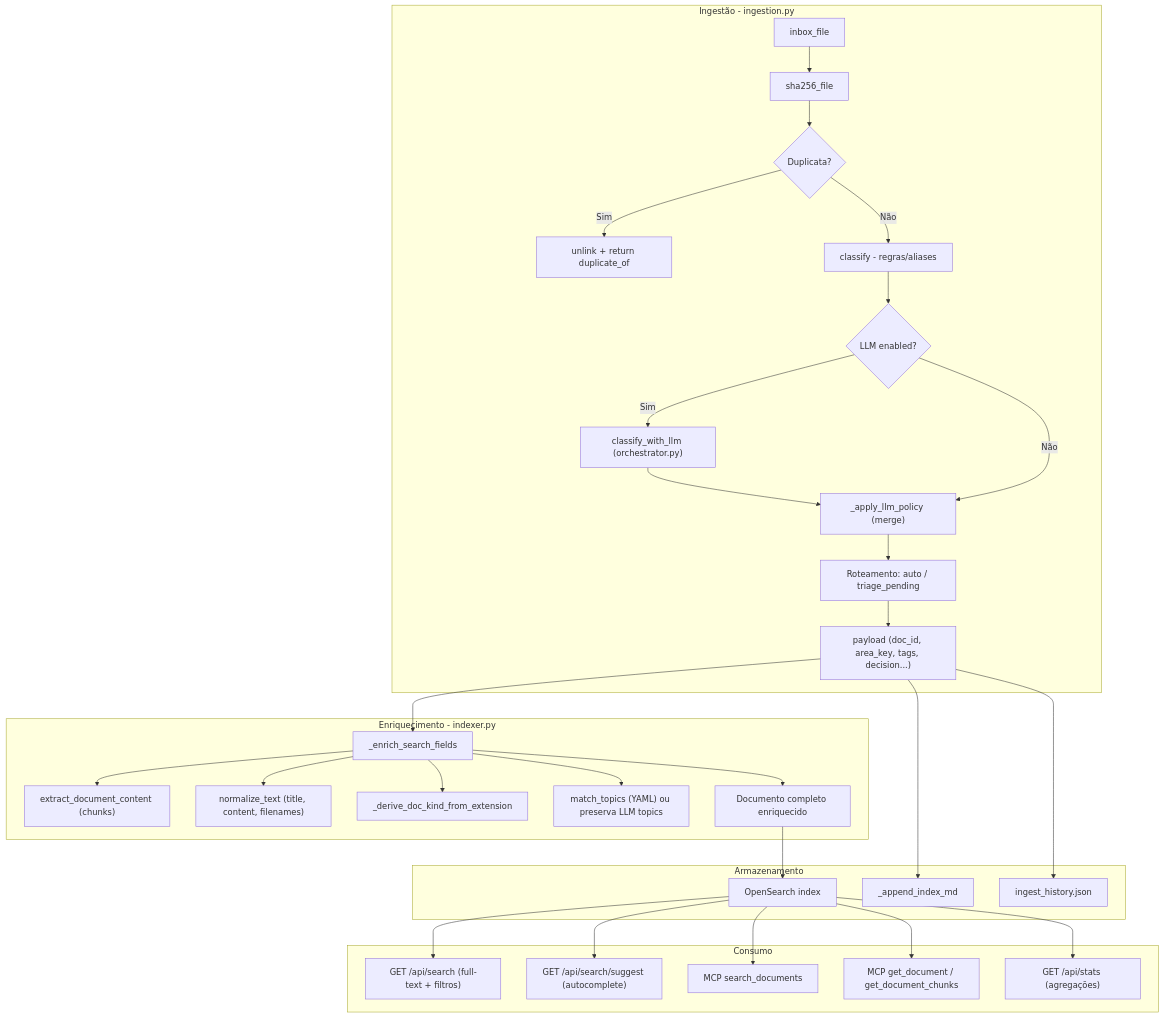
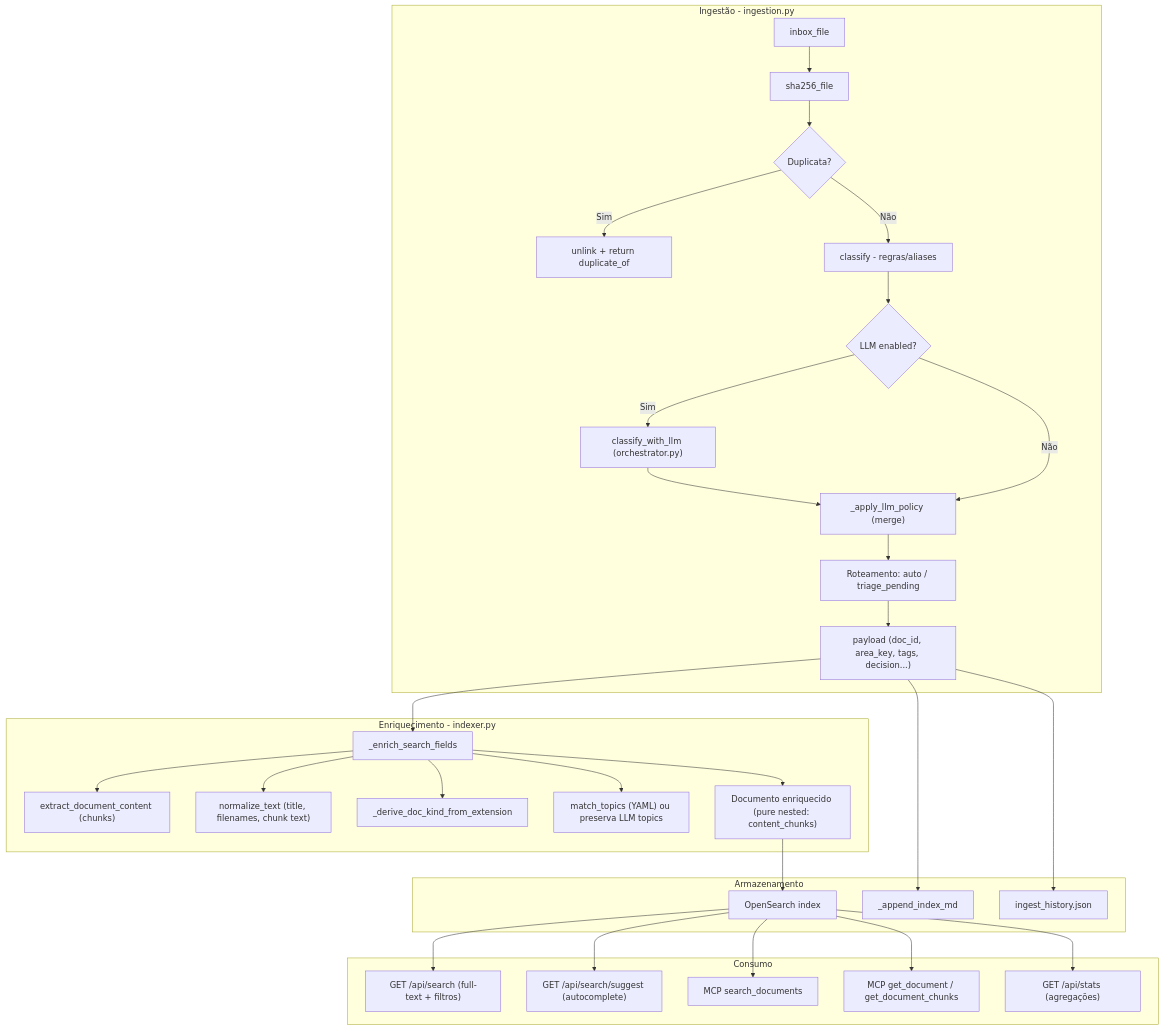
Before and after one commit to aleonnet/atlasfile: the diagram in docs/09_field_mapping.md, drawn with Mermaid. The commit also changed other lines of this file and 77 other files, not shown here.

````diff
--- a/docs/09_field_mapping.md
+++ b/docs/09_field_mapping.md
@@ -73,38 +71,38 @@
 ```mermaid
 flowchart TD
     subgraph ingest [Ingestão - ingestion.py]
         A[inbox_file] --> B[sha256_file]
         B --> C{Duplicata?}
         C -->|Sim| D[unlink + return duplicate_of]
         C -->|Não| E[classify - regras/aliases]
         E --> F{LLM enabled?}
         F -->|Sim| G["classify_with_llm (orchestrator.py)"]
         G --> H["_apply_llm_policy (merge)"]
         F -->|Não| H
         H --> I[Roteamento: auto / triage_pending]
         I --> J["payload (doc_id, area_key, tags, decision...)"]
     end
 
     subgraph enrich [Enriquecimento - indexer.py]
         J --> K["_enrich_search_fields"]
         K --> L["extract_document_content (chunks)"]
-        K --> M["normalize_text (title, content, filenames)"]
+        K --> M["normalize_text (title, filenames, chunk text)"]
         K --> N["_derive_doc_kind_from_extension"]
         K --> O["match_topics (YAML) ou preserva LLM topics"]
-        K --> P[Documento completo enriquecido]
+        K --> P["Documento enriquecido (pure nested: content_chunks)"]
     end
 
     subgraph store [Armazenamento]
         P --> Q[OpenSearch index]
         J --> R["_append_index_md"]
         J --> S["ingest_history.json"]
     end
 
     subgraph consume [Consumo]
         Q --> T["GET /api/search (full-text + filtros)"]
         Q --> U["GET /api/search/suggest (autocomplete)"]
         Q --> V["MCP search_documents"]
         Q --> W["MCP get_document / get_document_chunks"]
         Q --> X["GET /api/stats (agregações)"]
     end
 ```
````
